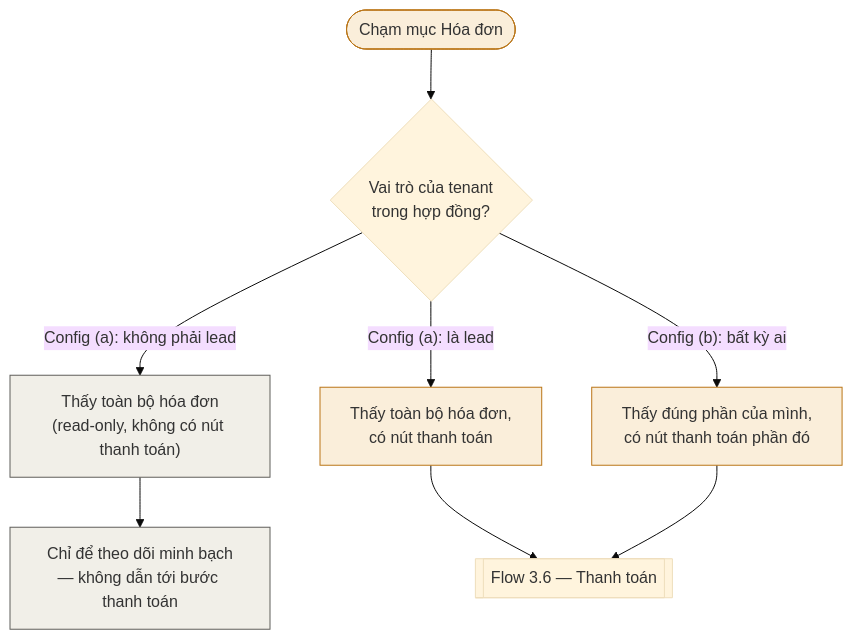
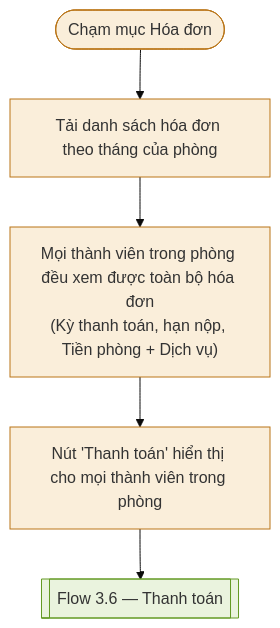
Before and after one commit to pbl6-home-renter/docs: diagram 13 of 19 in phase-1/discovery/user_flow/tenant-user-flow.md, drawn with Mermaid (base theme). The commit also changed other lines of this file and 3 other files, not shown here.

````diff
--- a/phase-1/discovery/user_flow/tenant-user-flow.md
+++ b/phase-1/discovery/user_flow/tenant-user-flow.md
@@ -305,17 +314,13 @@
 ```mermaid
 flowchart TD
-    Start(["Chạm mục Hóa đơn"]) --> Role{"Vai trò của tenant\ntrong hợp đồng?"}
-    Role -->|"Config (a): không phải lead"| ViewOnly["Thấy toàn bộ hóa đơn\n(read-only, không có nút thanh toán)"]
-    Role -->|"Config (a): là lead"| FullInvoice["Thấy toàn bộ hóa đơn,\ncó nút thanh toán"]
-    Role -->|"Config (b): bất kỳ ai"| ShareInvoice["Thấy đúng phần của mình,\ncó nút thanh toán phần đó"]
-
-    FullInvoice --> Pay1[["Flow 3.6 — Thanh toán"]]
-    ShareInvoice --> Pay1
-    ViewOnly --> NoPay["Chỉ để theo dõi minh bạch\n— không dẫn tới bước thanh toán"]
+    Start(["Chạm mục Hóa đơn"]) --> LoadInvoice["Tải danh sách hóa đơn theo tháng của phòng"]
+    LoadInvoice --> ViewInvoice["Mọi thành viên trong phòng đều xem được toàn bộ hóa đơn\n(Kỳ thanh toán, hạn nộp, Tiền phòng + Dịch vụ)"]
+    ViewInvoice --> ActionPay["Nút 'Thanh toán' hiển thị cho mọi thành viên trong phòng"]
+    ActionPay --> Pay1[["Flow 3.6 — Thanh toán"]]
 
     style Start fill:#faeeda,stroke:#ba7517
-    style ViewOnly fill:#f1efe8,stroke:#5f5e5a
-    style NoPay fill:#f1efe8,stroke:#5f5e5a
-    style FullInvoice fill:#faeeda,stroke:#ba7517
-    style ShareInvoice fill:#faeeda,stroke:#ba7517
+    style LoadInvoice fill:#faeeda,stroke:#ba7517
+    style ViewInvoice fill:#faeeda,stroke:#ba7517
+    style ActionPay fill:#faeeda,stroke:#ba7517
+    style Pay1 fill:#eaf3de,stroke:#639922
 ```
````
